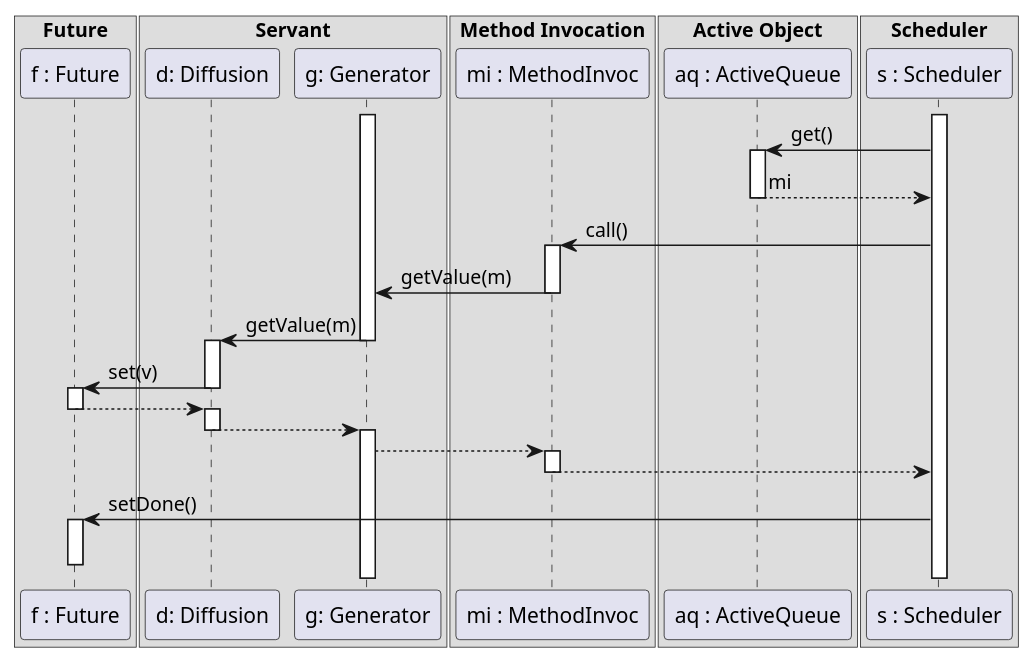
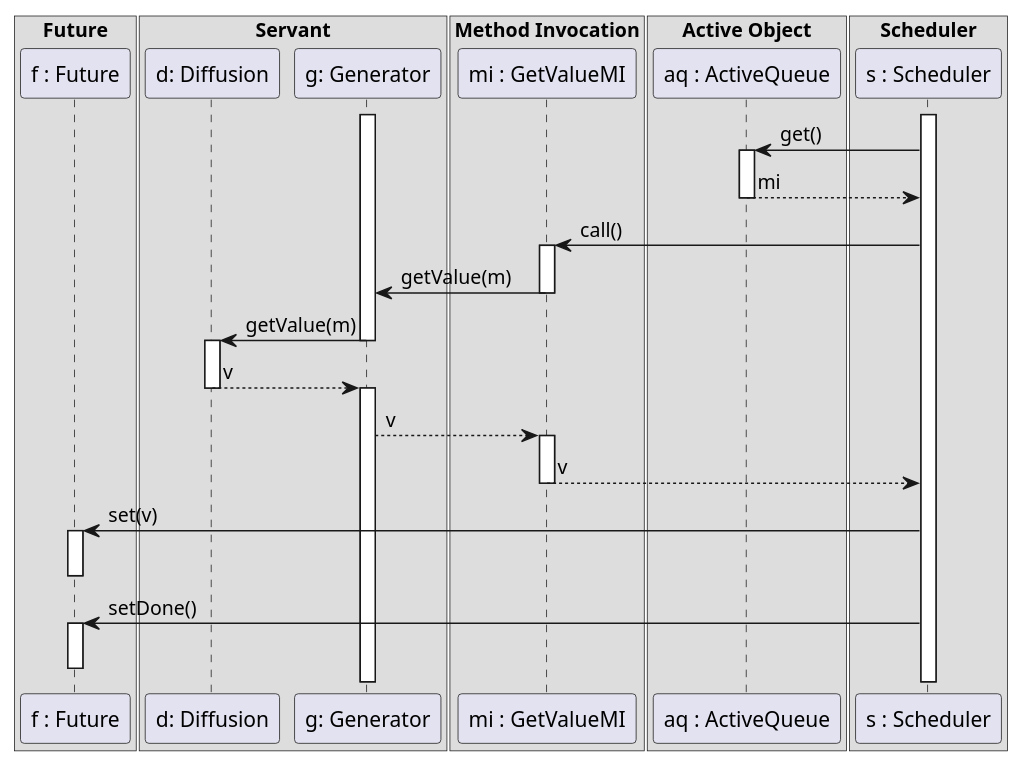
Before and after one commit to malahx/ISTIC: the diagram in AOC/TP1/getValueAsync2.puml, drawn with PlantUML. The commit also changed 3 other files, not shown here.

```diff
--- a/AOC/TP1/getValueAsync2.puml
+++ b/AOC/TP1/getValueAsync2.puml
@@ -1,47 +1,44 @@
 @startuml
 box "Future"
     participant "f : Future" as f
 end box
 box "Servant"
     participant "d: Diffusion" as d
     participant "g: Generator" as g
 end box
 box "Method Invocation"
-    participant "mi : MethodInvoc" as mi
+    participant "mi : GetValueMI" as mi
 end box
 box "Active Object"
     participant "aq : ActiveQueue" as aq
 end box
 box "Scheduler"
     participant "s : Scheduler" as s
 end box
 activate g
 activate s
 s -> aq: get()
 activate aq
 aq --> s: mi
 deactivate aq
 s -> mi: call()
 activate mi
 mi -> g: getValue(m)
 deactivate mi
 g -> d: getValue(m)
 deactivate g
 activate d
-d -> f: set(v)
-deactivate d
-activate f
-f --> d
-deactivate f
-activate d
-d --> g
+d --> g: v
 deactivate d
 activate g
-g --> mi
+g --> mi: v
 activate mi
-mi --> s
+mi --> s: v
 deactivate mi
+s -> f: set(v)
+activate f
+deactivate f
 s -> f: setDone()
 activate f
 deactivate f
 @enduml
```
